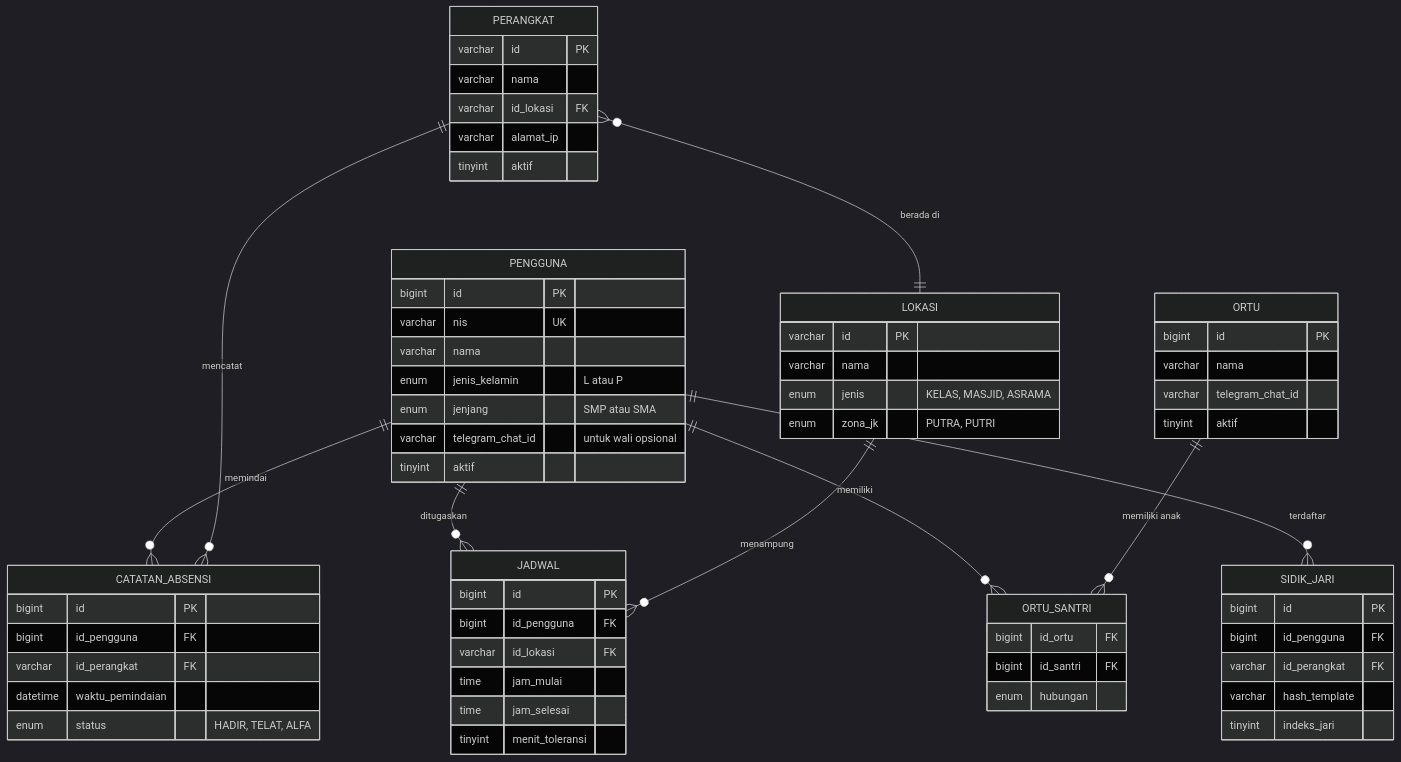
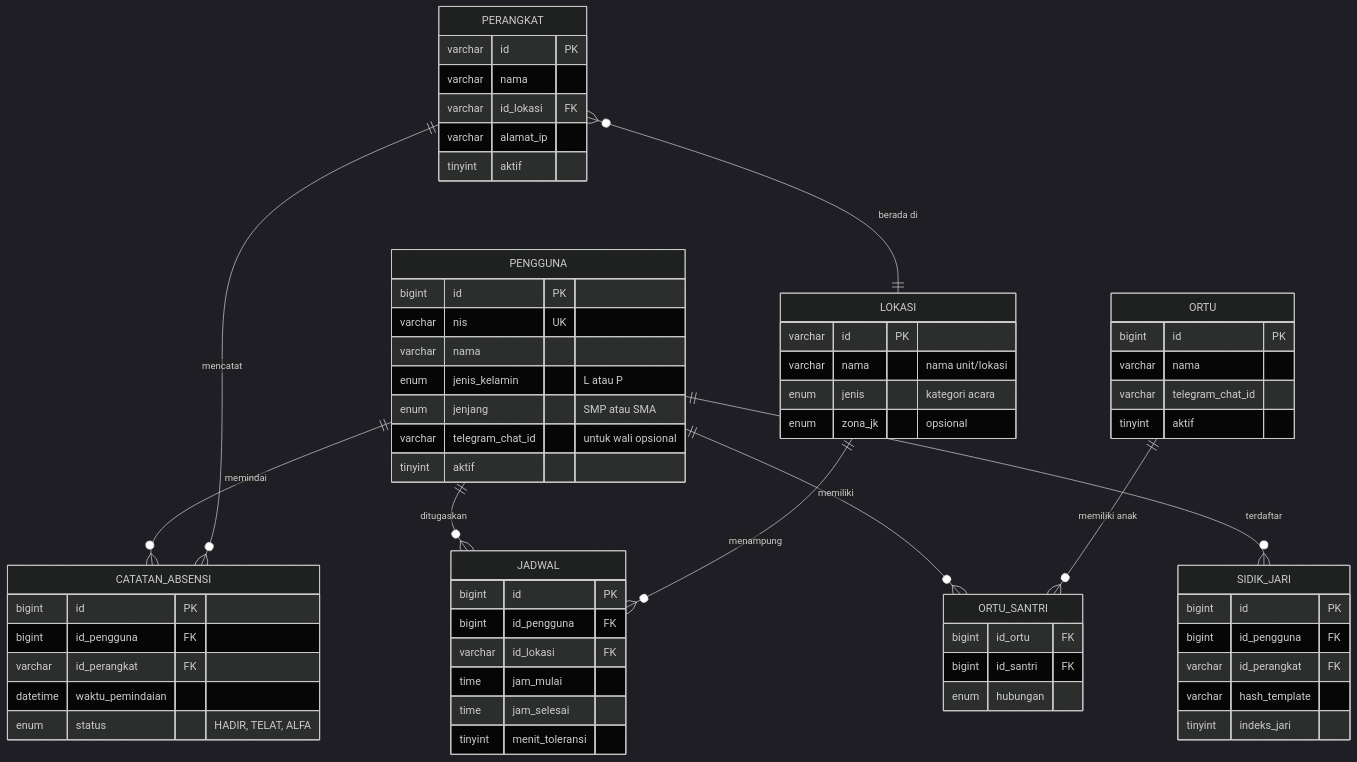
One commit to RaiKanaeru/ai-agents-vault changed the eighth of 20 diagrams in 20-Projects/01-absensi-finger/04-MULTI-CONCEPT-5-SCHEMAS.md. Above: the diagram before and after it, drawn with Mermaid (dark theme). The commit also changed other lines of this file and 4 other files, not shown here.

First line of the commit message:
fix(absensi-finger): generic-kan semua lokasi device, hapus nama yang dikira

````diff
--- a/20-Projects/01-absensi-finger/04-MULTI-CONCEPT-5-SCHEMAS.md
+++ b/20-Projects/01-absensi-finger/04-MULTI-CONCEPT-5-SCHEMAS.md
@@ -319,67 +319,67 @@
 ```mermaid
 erDiagram
     PENGGUNA ||--o{ CATATAN_ABSENSI : "memindai"
     PENGGUNA ||--o{ ORTU_SANTRI : "memiliki"
     ORTU ||--o{ ORTU_SANTRI : "memiliki anak"
     PENGGUNA ||--o{ SIDIK_JARI : "terdaftar"
     PERANGKAT ||--o{ CATATAN_ABSENSI : "mencatat"
     PENGGUNA ||--o{ JADWAL : "ditugaskan"
     LOKASI ||--o{ JADWAL : "menampung"
     PERANGKAT }o--|| LOKASI : "berada di"
 
     PENGGUNA {
         bigint id PK
         varchar nis UK
         varchar nama
         enum jenis_kelamin "L atau P"
         enum jenjang "SMP atau SMA"
         varchar telegram_chat_id "untuk wali opsional"
         tinyint aktif
     }
     ORTU {
         bigint id PK
         varchar nama
         varchar telegram_chat_id
         tinyint aktif
     }
     ORTU_SANTRI {
         bigint id_ortu FK
         bigint id_santri FK
         enum hubungan
     }
     SIDIK_JARI {
         bigint id PK
         bigint id_pengguna FK
         varchar id_perangkat FK
         varchar hash_template
         tinyint indeks_jari
     }
     LOKASI {
         varchar id PK
-        varchar nama
-        enum jenis "KELAS, MASJID, ASRAMA"
-        enum zona_jk "PUTRA, PUTRI"
+        varchar nama "nama unit/lokasi"
+        enum jenis "kategori acara"
+        enum zona_jk "opsional"
     }
     PERANGKAT {
         varchar id PK
         varchar nama
         varchar id_lokasi FK
         varchar alamat_ip
         tinyint aktif
     }
     JADWAL {
         bigint id PK
         bigint id_pengguna FK
         varchar id_lokasi FK
         time jam_mulai
         time jam_selesai
         tinyint menit_toleransi
     }
     CATATAN_ABSENSI {
         bigint id PK
         bigint id_pengguna FK
         varchar id_perangkat FK
         datetime waktu_pemindaian
         enum status "HADIR, TELAT, ALFA"
     }
 ```
````
